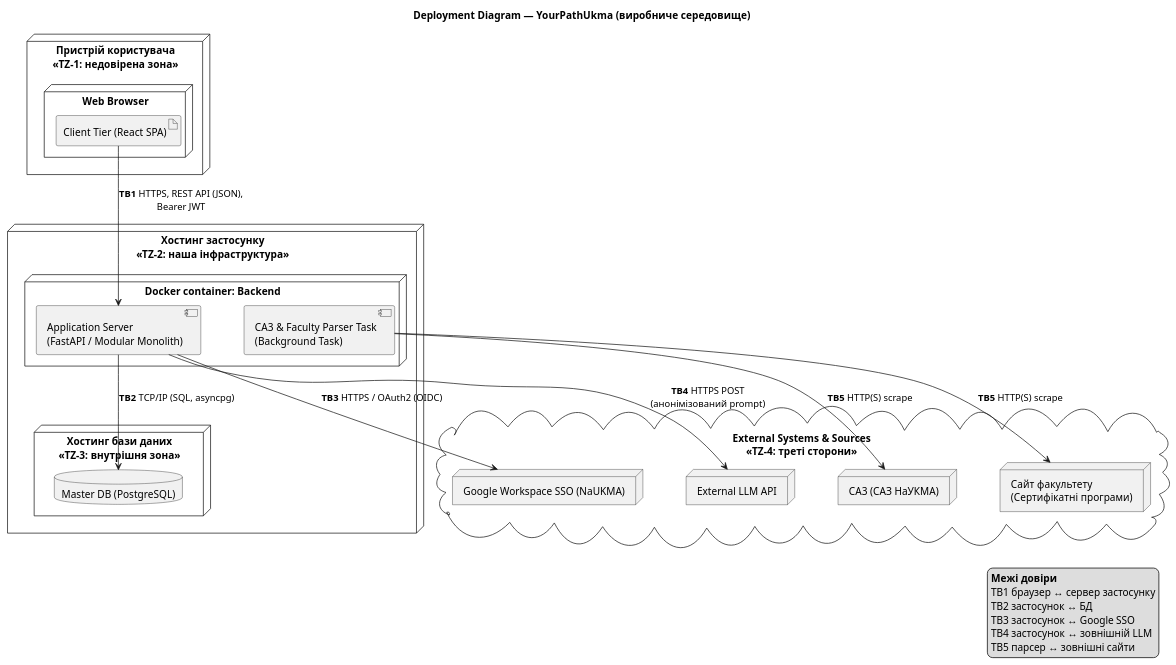
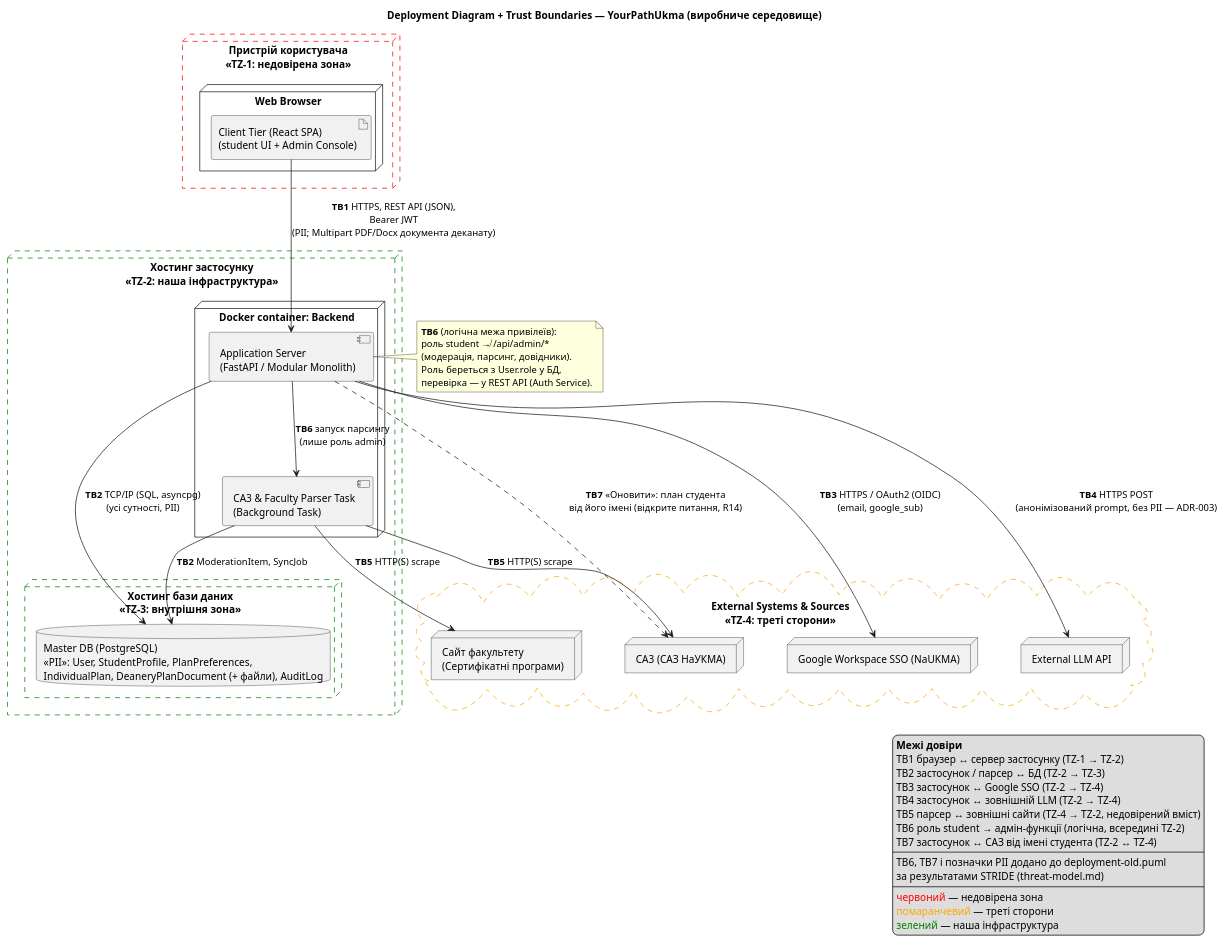
One commit to ukma-fin-ssdm-2026/YourPathUkma changed the diagram in docs/architecture/uml/deployment.puml. Above: the diagram before and after it, drawn with PlantUML.

```diff
--- a/docs/architecture/uml/deployment.puml
+++ b/docs/architecture/uml/deployment.puml
@@ -1,50 +1,75 @@
 @startuml
-' Використання ШІ: створено за допомогою Claude, перевірено вручну та відрендерено в PlantUML.
-' Deployment diagram + межі довіри (trust boundaries) для STRIDE.
-' Містить лише те, що є в HLD: React SPA, FastAPI у Docker, PostgreSQL, зовнішні системи.
+' Використання ШІ: створено за допомогою Claude на основі первинної діаграми (../../deployment-old.puml), перевірено та відрендерено в PlantUML.
+' Deployment diagram + межі довіри для STRIDE (threat-model.md).
+' Вузли, зони TZ-1…TZ-4 і межі TB1…TB5 — без змін із deployment-old.puml.
+' Додано за результатами STRIDE-аналізу:
+'   TB6 — логічна межа привілеїв student → admin усередині Application Server;
+'   TB7 — «Оновити»: синхронізація плану з САЗ від імені студента (відкрите питання, R14);
+'   на зв'язках позначено, які чутливі дані (PII) перетинають межу;
+'   кольорові пунктирні рамки зон: червона — недовірена, помаранчева — треті сторони, зелена — наша.
 top to bottom direction
 skinparam componentStyle uml2
 skinparam nodesep 60
 skinparam ranksep 80
 
-title Deployment Diagram — YourPathUkma (виробниче середовище)
+title Deployment Diagram + Trust Boundaries — YourPathUkma (виробниче середовище)
 
-node "Пристрій користувача\n<<TZ-1: недовірена зона>>" as ClientZone {
+node "Пристрій користувача\n<<TZ-1: недовірена зона>>" as ClientZone #line:red;line.dashed;line.bold {
   node "Web Browser" as Browser {
-    artifact "Client Tier (React SPA)" as SPA
+    artifact "Client Tier (React SPA)\n(student UI + Admin Console)" as SPA
   }
 }
 
-node "Хостинг застосунку\n<<TZ-2: наша інфраструктура>>" as Host {
+node "Хостинг застосунку\n<<TZ-2: наша інфраструктура>>" as Host #line:green;line.dashed;line.bold {
   node "Docker container: Backend" as BackendNode {
     component "Application Server\n(FastAPI / Modular Monolith)" as App
     component "CA3 & Faculty Parser Task\n(Background Task)" as Parser
   }
-  node "Хостинг бази даних\n<<TZ-3: внутрішня зона>>" as DBNode {
-    database "Master DB (PostgreSQL)" as DB
+  node "Хостинг бази даних\n<<TZ-3: внутрішня зона>>" as DBNode #line:green;line.dashed;line.bold {
+    database "Master DB (PostgreSQL)\n<<PII>>: User, StudentProfile, PlanPreferences,\nIndividualPlan, DeaneryPlanDocument (+ файли), AuditLog" as DB
   }
 }
 
-cloud "External Systems & Sources\n<<TZ-4: треті сторони>>" as Ext {
+cloud "External Systems & Sources\n<<TZ-4: треті сторони>>" as Ext #line:orange;line.dashed;line.bold {
   node "Google Workspace SSO (NaUKMA)" as Google
   node "External LLM API" as LLM
   node "CA3 (САЗ НаУКМА)" as CA3
   node "Сайт факультету\n(Сертифікатні програми)" as Faculty
 }
 
-SPA --> App : **TB1** HTTPS, REST API (JSON),\nBearer JWT
-App --> DB : **TB2** TCP/IP (SQL, asyncpg)
-App --> Google : **TB3** HTTPS / OAuth2 (OIDC)
-App --> LLM : **TB4** HTTPS POST\n(анонімізований prompt)
+note right of App
+  **TB6** (логічна межа привілеїв):
+  роль student ↛ /api/admin/*
+  (модерація, парсинг, довідники).
+  Роль береться з User.role у БД,
+  перевірка — у REST API (Auth Service).
+end note
+
+SPA --> App : **TB1** HTTPS, REST API (JSON),\nBearer JWT\n(PII; Multipart PDF/Docx документа деканату)
+App --> DB : **TB2** TCP/IP (SQL, asyncpg)\n(усі сутності, PII)
+App --> Google : **TB3** HTTPS / OAuth2 (OIDC)\n(email, google_sub)
+App --> LLM : **TB4** HTTPS POST\n(анонімізований prompt, без PII — ADR-003)
+App --> Parser : **TB6** запуск парсингу\n(лише роль admin)
 Parser --> CA3 : **TB5** HTTP(S) scrape
 Parser --> Faculty : **TB5** HTTP(S) scrape
+Parser --> DB : **TB2** ModerationItem, SyncJob
+App ..> CA3 : **TB7** «Оновити»: план студента\nвід його імені (відкрите питання, R14)
 
 legend right
   **Межі довіри**
-  TB1 браузер ↔ сервер застосунку
-  TB2 застосунок ↔ БД
-  TB3 застосунок ↔ Google SSO
-  TB4 застосунок ↔ зовнішній LLM
-  TB5 парсер ↔ зовнішні сайти
+  TB1 браузер ↔ сервер застосунку (TZ-1 → TZ-2)
+  TB2 застосунок / парсер ↔ БД (TZ-2 → TZ-3)
+  TB3 застосунок ↔ Google SSO (TZ-2 → TZ-4)
+  TB4 застосунок ↔ зовнішній LLM (TZ-2 → TZ-4)
+  TB5 парсер ↔ зовнішні сайти (TZ-4 → TZ-2, недовірений вміст)
+  TB6 роль student → адмін-функції (логічна, всередині TZ-2)
+  TB7 застосунок ↔ САЗ від імені студента (TZ-2 ↔ TZ-4)
+  ----
+  TB6, TB7 і позначки PII додано до deployment-old.puml
+  за результатами STRIDE (threat-model.md)
+  ----
+  <color:red>червоний</color> — недовірена зона
+  <color:orange>помаранчевий</color> — треті сторони
+  <color:green>зелений</color> — наша інфраструктура
 end legend
 @enduml
```
